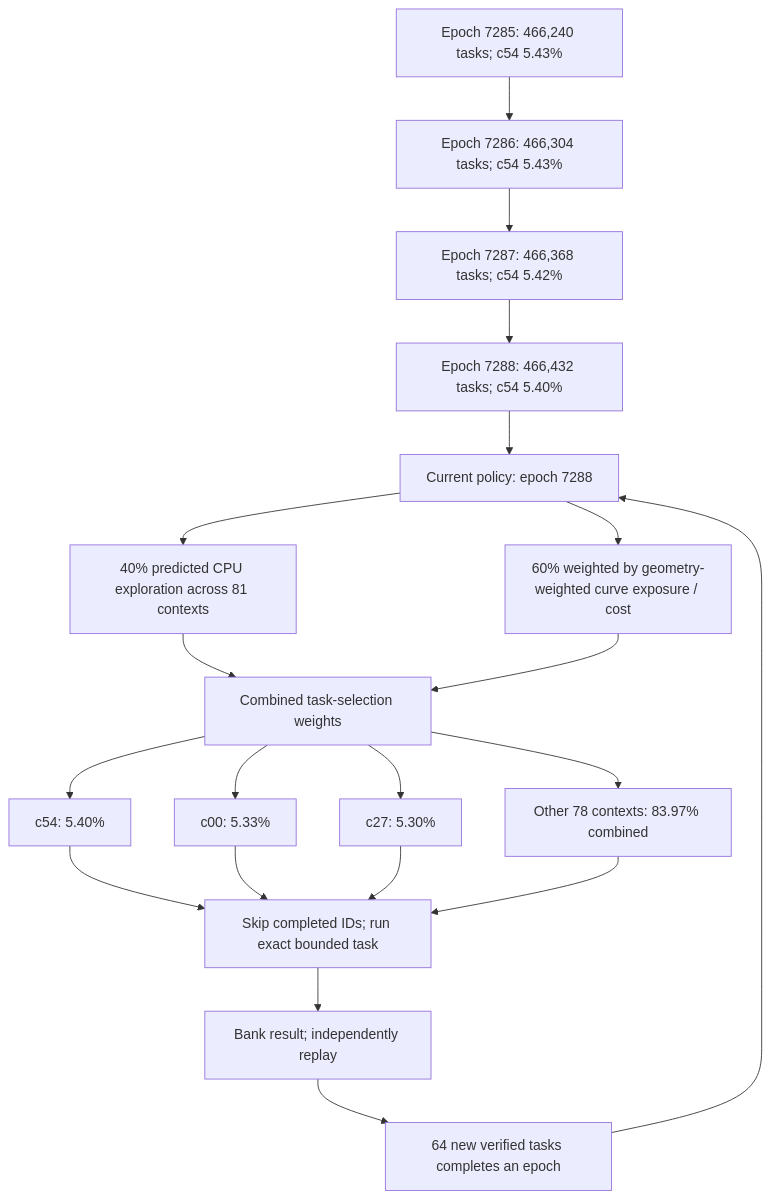
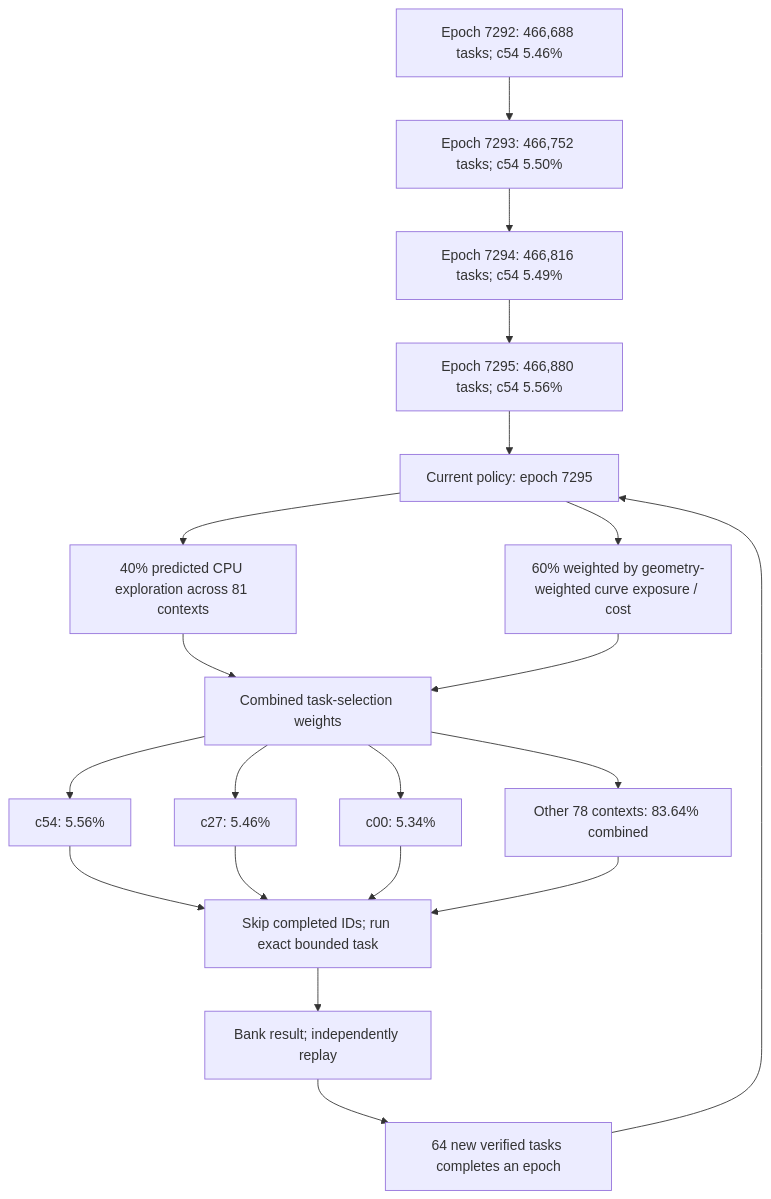
The first of 4 diagrams in README.md (Kuberwastaken/math-gambling), drawn with Mermaid before and after one commit. The commit also changed other lines of this file and 1007 other files, not shown here.

````diff
--- a/README.md
+++ b/README.md
@@ -60,27 +60,27 @@
 ```mermaid
 flowchart TD
-    H0["Epoch 7285: 466,240 tasks; c54 5.43%"]
-    H1["Epoch 7286: 466,304 tasks; c54 5.43%"]
+    H0["Epoch 7292: 466,688 tasks; c54 5.46%"]
+    H1["Epoch 7293: 466,752 tasks; c54 5.50%"]
     H0 --> H1
-    H2["Epoch 7287: 466,368 tasks; c54 5.42%"]
+    H2["Epoch 7294: 466,816 tasks; c54 5.49%"]
     H1 --> H2
-    H3["Epoch 7288: 466,432 tasks; c54 5.40%"]
+    H3["Epoch 7295: 466,880 tasks; c54 5.56%"]
     H2 --> H3
-    Policy["Current policy: epoch 7288"]
+    Policy["Current policy: epoch 7295"]
     H3 --> Policy
     Policy --> Explore["40% predicted CPU exploration across 81 contexts"]
     Policy --> Cost["60% weighted by geometry-weighted curve exposure / cost"]
     Explore --> Mix["Combined task-selection weights"]
     Cost --> Mix
-    Mix --> C0["c54: 5.40%"]
-    Mix --> C1["c00: 5.33%"]
-    Mix --> C2["c27: 5.30%"]
-    Mix --> Rest["Other 78 contexts: 83.97% combined"]
+    Mix --> C0["c54: 5.56%"]
+    Mix --> C1["c27: 5.46%"]
+    Mix --> C2["c00: 5.34%"]
+    Mix --> Rest["Other 78 contexts: 83.64% combined"]
     C0 --> Check["Skip completed IDs; run exact bounded task"]
     C1 --> Check
     C2 --> Check
     Rest --> Check
     Check --> Replay["Bank result; independently replay"]
     Replay --> Gate["64 new verified tasks completes an epoch"]
     Gate --> Policy
 ```
````
